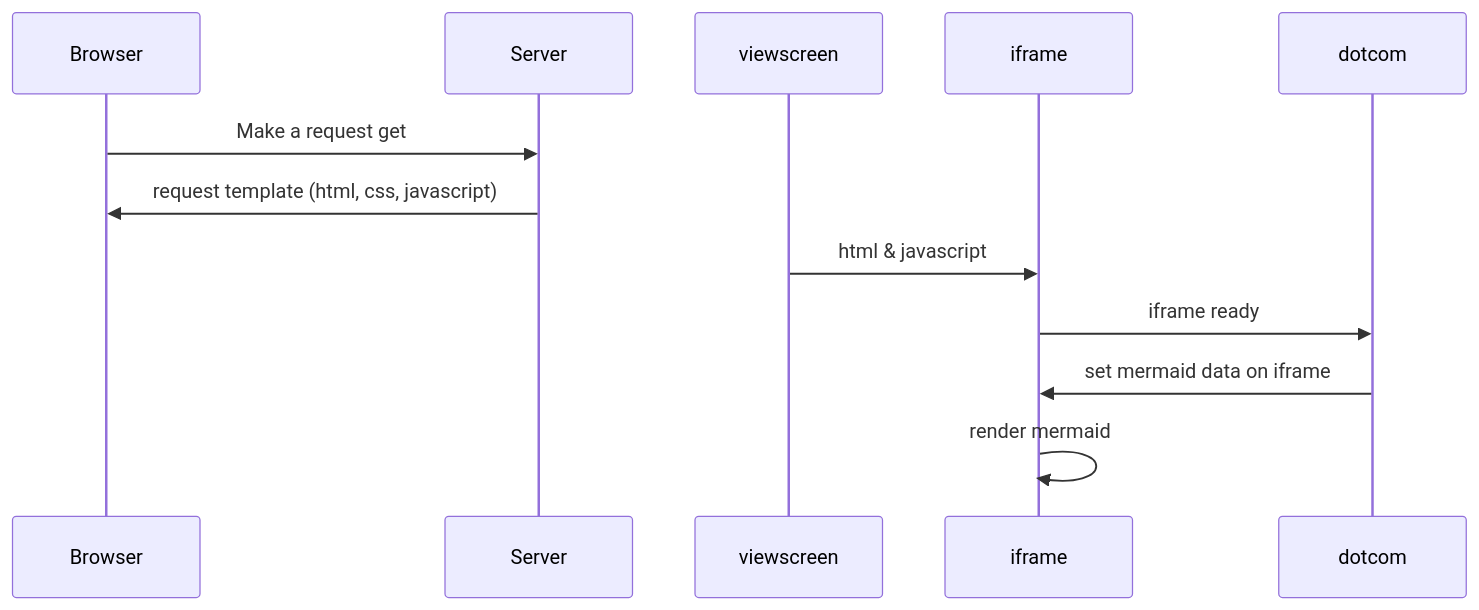
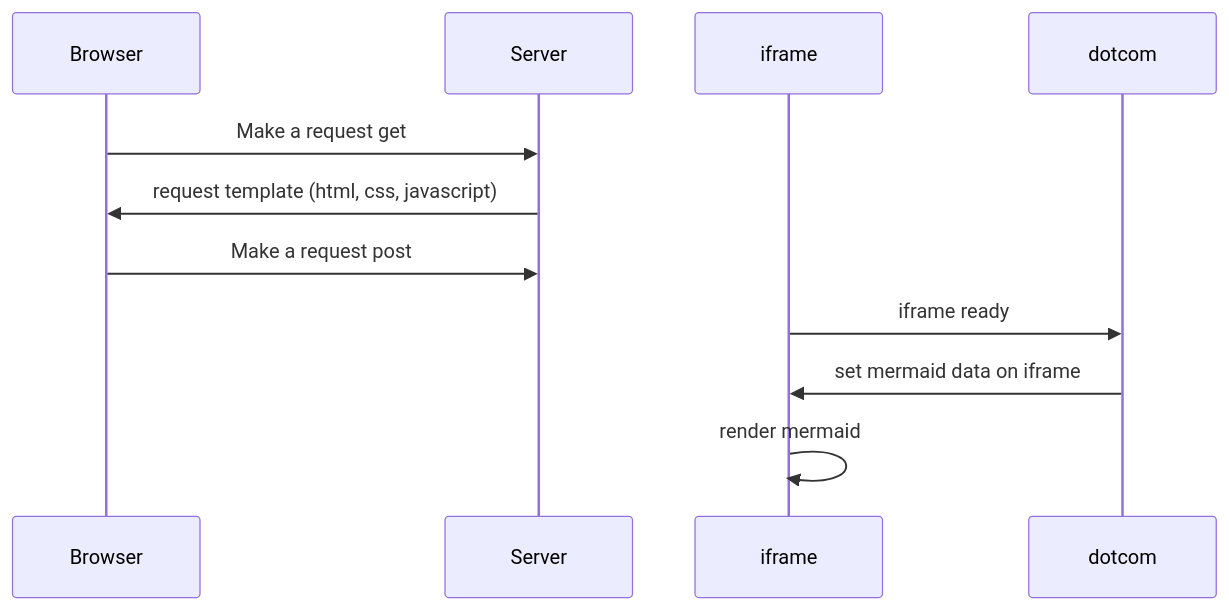
Before and after one commit to JhonTheRipper89/SequenceDiagram: the diagram in README.md, drawn with Mermaid.

````diff
--- a/README.md
+++ b/README.md
@@ -2,11 +2,11 @@
 ```mermaid
 sequenceDiagram
     participant Browser
     participant Server
     Browser->>Server: Make a request get
     Server->>Browser: request template (html, css, javascript)
-    viewscreen->>iframe: html & javascript
+    Browser->>Server: Make a request post
     iframe->>dotcom: iframe ready
     dotcom->>iframe: set mermaid data on iframe
     iframe->>iframe: render mermaid
 ```
````
